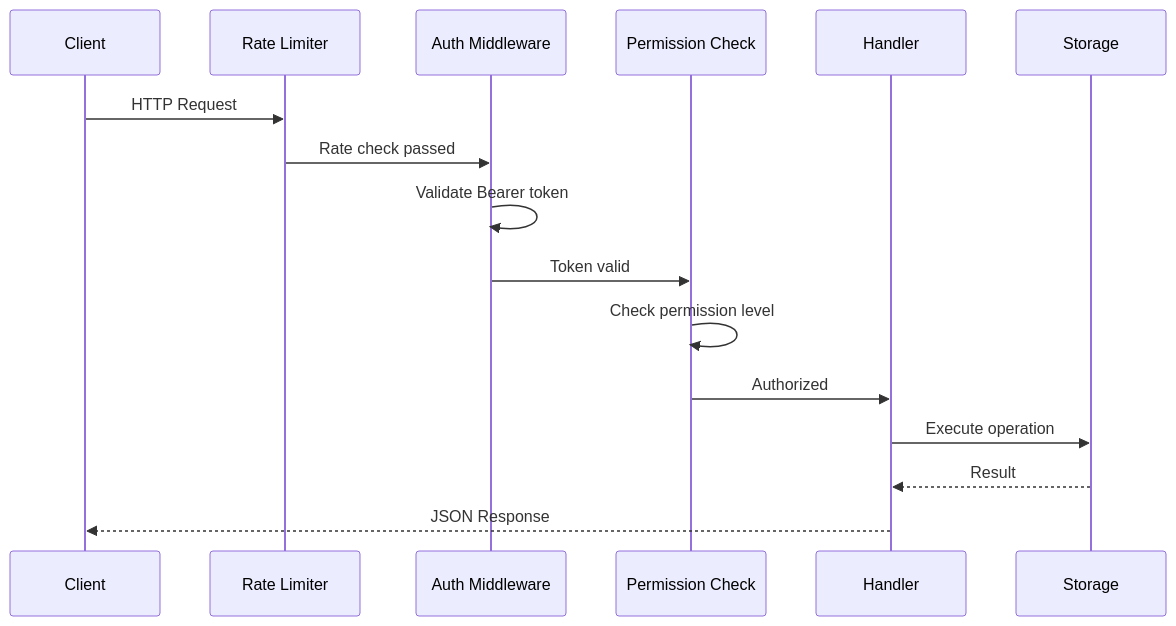
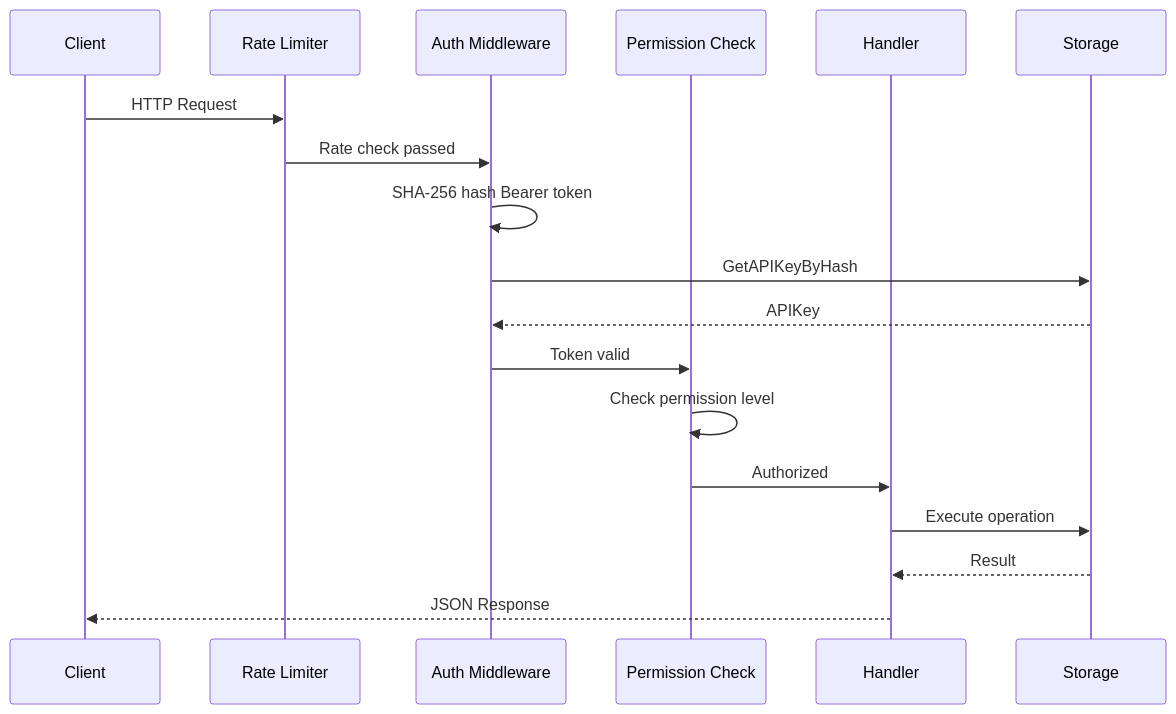
The diagram in docs/api.md (griffinskudder/updater), drawn with Mermaid before and after one commit. The commit also changed other lines of this file and 29 other files, not shown here.

````diff
--- a/docs/api.md
+++ b/docs/api.md
@@ -27,19 +51,21 @@
 ```mermaid
 sequenceDiagram
     participant C as Client
     participant R as Rate Limiter
     participant A as Auth Middleware
     participant P as Permission Check
     participant H as Handler
     participant S as Storage
 
     C->>R: HTTP Request
     R->>A: Rate check passed
-    A->>A: Validate Bearer token
+    A->>A: SHA-256 hash Bearer token
+    A->>S: GetAPIKeyByHash
+    S-->>A: APIKey
     A->>P: Token valid
     P->>P: Check permission level
     P->>H: Authorized
     H->>S: Execute operation
     S-->>H: Result
     H-->>C: JSON Response
 ```
````
